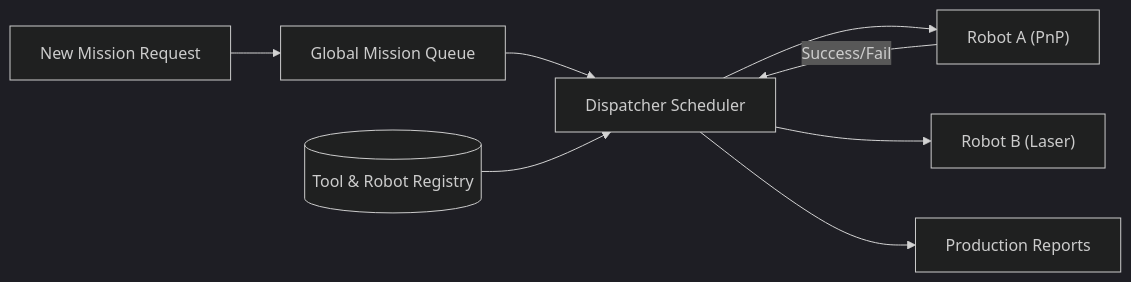
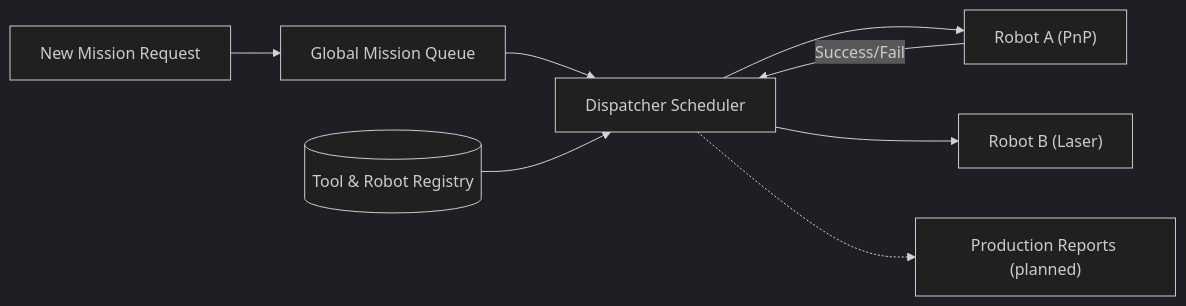
The diagram in README.md (JuanenRac/HYDRA-UMC-JOB-DISPATCHER), drawn with Mermaid (dark theme) before and after one commit. The commit also changed other lines of this file and 20 other files, not shown here.

````diff
--- a/README.md
+++ b/README.md
@@ -41,10 +41,10 @@
 ```mermaid
 flowchart LR
     REQ["New Mission Request"] --> Q["Global Mission Queue"]
     Q --> SCHED["Dispatcher Scheduler"]
     DB[("Tool & Robot Registry")] --> SCHED
     SCHED --> R1["Robot A (PnP)"]
     SCHED --> R2["Robot B (Laser)"]
     R1 -- Success/Fail --> SCHED
-    SCHED --> LOG["Production Reports"]
+    SCHED -.-> LOG["Production Reports (planned)"]
 ```
````
